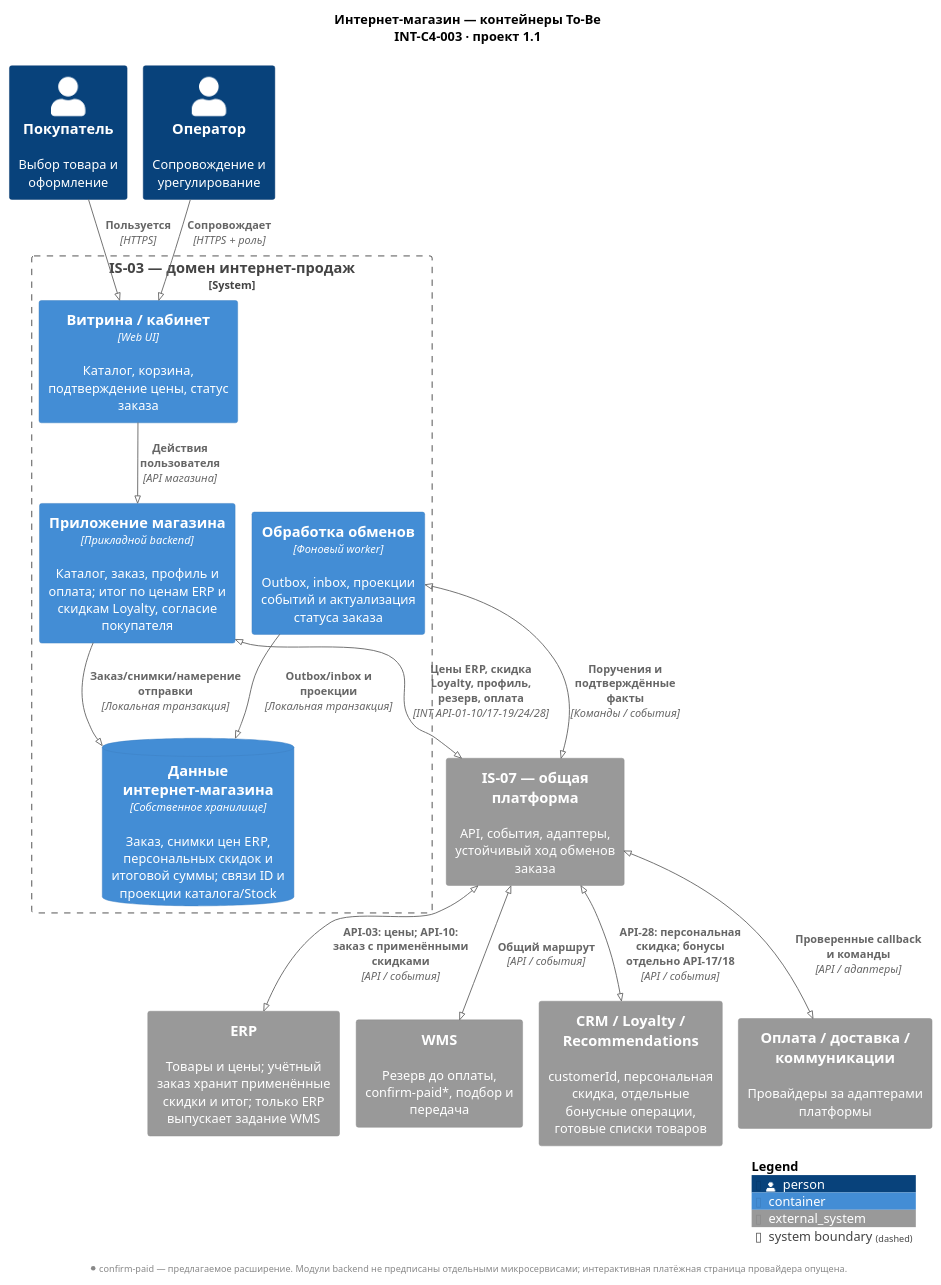
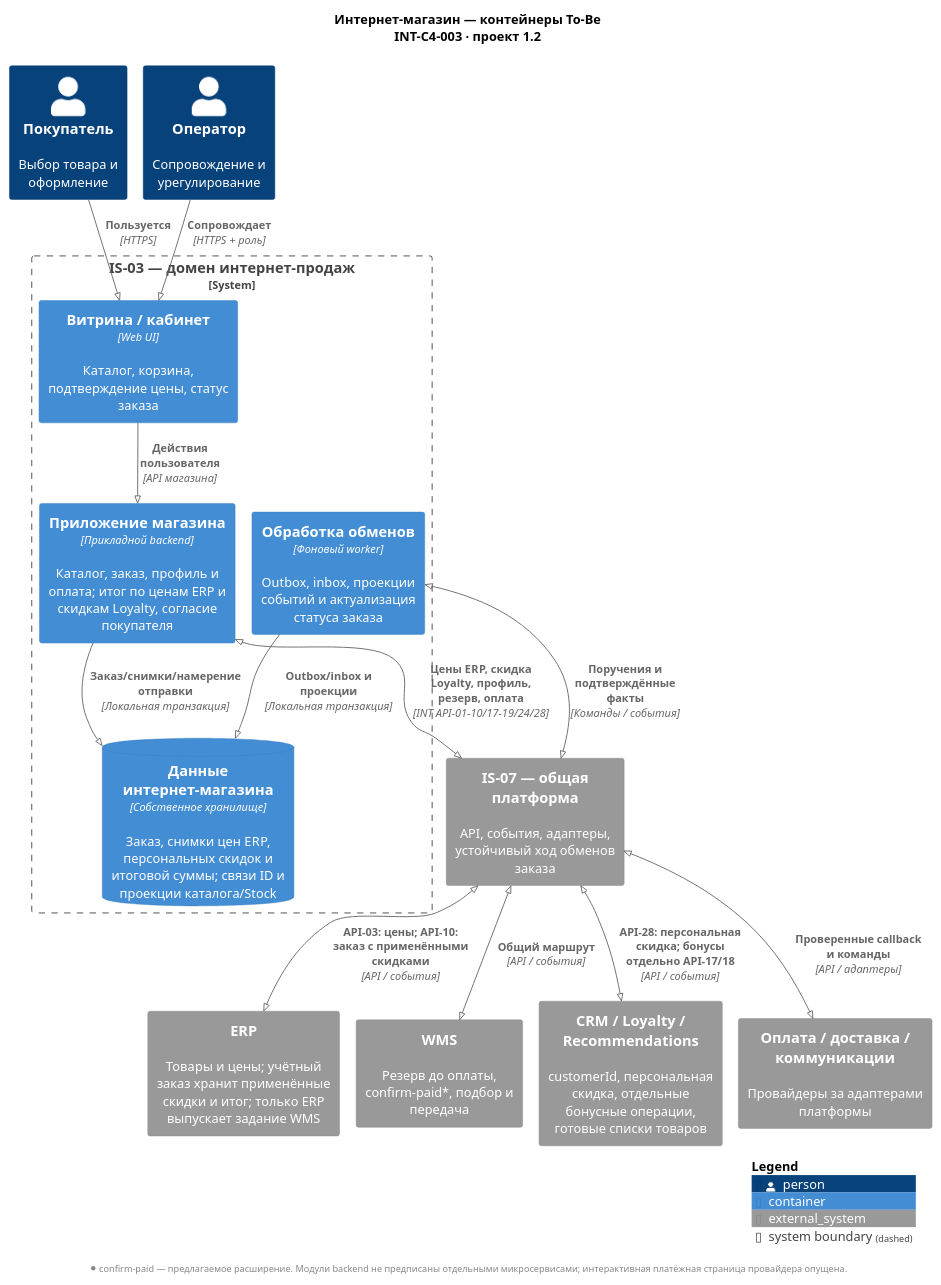
One commit to rsingatulin/hse_architecture changed the diagram in 06_integration_architecture/diagrams/INT-C4-003-ecommerce.puml. Above: the diagram before and after it, drawn with PlantUML. The commit also changed 30 other files, not shown here.

```diff
--- a/06_integration_architecture/diagrams/INT-C4-003-ecommerce.puml
+++ b/06_integration_architecture/diagrams/INT-C4-003-ecommerce.puml
@@ -1,34 +1,34 @@
 @startuml INT-C4-003-ecommerce
 !pragma layout smetana
 !include <C4/C4_Container>
 LAYOUT_TOP_DOWN()
 skinparam defaultFontName Arial
 skinparam backgroundColor white
-title Интернет-магазин — контейнеры To-Be\nINT-C4-003 · проект 1.1
+title Интернет-магазин — контейнеры To-Be\nINT-C4-003 · проект 1.2
 Person(buyer, "Покупатель", "Выбор товара и оформление")
 Person(operator, "Оператор", "Сопровождение и урегулирование")
 System_Boundary(ec, "IS-03 — домен интернет-продаж") {
  Container(web, "Витрина / кабинет", "Web UI", "Каталог, корзина, подтверждение цены, статус заказа")
  Container(app, "Приложение магазина", "Прикладной backend", "Каталог, заказ, профиль и оплата; итог по ценам ERP и скидкам Loyalty, согласие покупателя")
  Container(worker, "Обработка обменов", "Фоновый worker", "Outbox, inbox, проекции событий и актуализация статуса заказа")
  ContainerDb(db, "Данные интернет-магазина", "Собственное хранилище", "Заказ, снимки цен ERP, персональных скидок и итоговой суммы; связи ID и проекции каталога/Stock")
 }
 System_Ext(ip, "IS-07 — общая платформа", "API, события, адаптеры, устойчивый ход обменов заказа")
 System_Ext(erp, "ERP", "Товары и цены; учётный заказ хранит применённые скидки и итог; только ERP выпускает задание WMS")
 System_Ext(wms, "WMS", "Резерв до оплаты, confirm-paid*, подбор и передача")
 System_Ext(ret, "CRM / Loyalty / Recommendations", "customerId, персональная скидка, отдельные бонусные операции, готовые списки товаров")
 System_Ext(providers, "Оплата / доставка / коммуникации", "Провайдеры за адаптерами платформы")
 Rel(buyer, web, "Пользуется", "HTTPS")
 Rel(operator, web, "Сопровождает", "HTTPS + роль")
 Rel(web, app, "Действия пользователя", "API магазина")
 Rel(app, db, "Заказ/снимки/намерение отправки", "Локальная транзакция")
 Rel(worker, db, "Outbox/inbox и проекции", "Локальная транзакция")
 BiRel(app, ip, "Цены ERP, скидка Loyalty, профиль, резерв, оплата", "INT API-01–10/17–19/24/28")
 BiRel(worker, ip, "Поручения и подтверждённые факты", "Команды / события")
 BiRel(ip, erp, "API-03: цены; API-10: заказ с применёнными скидками", "API / события")
 BiRel(ip, wms, "Общий маршрут", "API / события")
 BiRel(ip, ret, "API-28: персональная скидка; бонусы отдельно API-17/18", "API / события")
 BiRel(ip, providers, "Проверенные callback и команды", "API / адаптеры")
 SHOW_LEGEND()
 footer * confirm-paid — предлагаемое расширение. Модули backend не предписаны отдельными микросервисами; интерактивная платёжная страница провайдера опущена.
 @enduml
```
